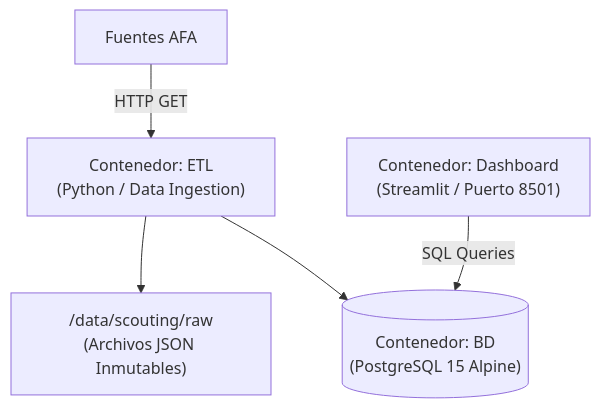
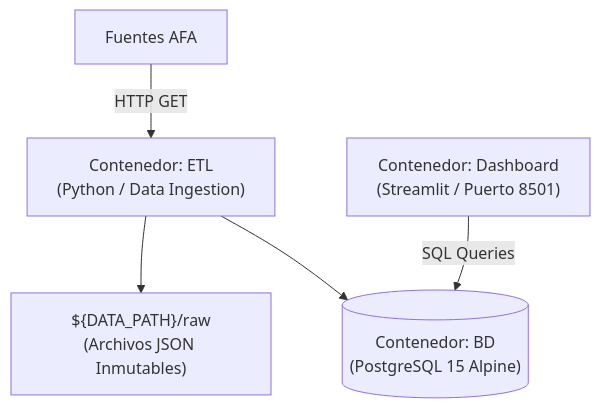
One commit to Juan-Gonzalez04/moneyball-argentino changed the diagram in README.md. Above: the diagram before and after it, drawn with Mermaid. The commit also changed other lines of this file and 7 other files, not shown here.

````diff
--- a/README.md
+++ b/README.md
@@ -18,7 +18,7 @@
 ```mermaid
 flowchart TD
     A["Fuentes AFA"] -->|HTTP GET| B["Contenedor: ETL<br>(Python / Data Ingestion)"]
-    B --> C["/data/scouting/raw<br>(Archivos JSON Inmutables)"]
+    B --> C["${DATA_PATH}/raw<br>(Archivos JSON Inmutables)"]
     B --> D[("Contenedor: BD<br>(PostgreSQL 15 Alpine)")]
     E["Contenedor: Dashboard<br>(Streamlit / Puerto 8501)"] -->|SQL Queries| D
 ```
````
